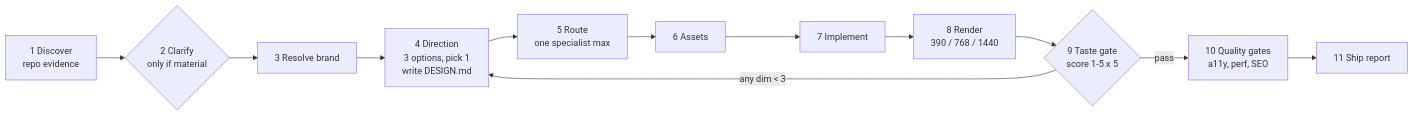
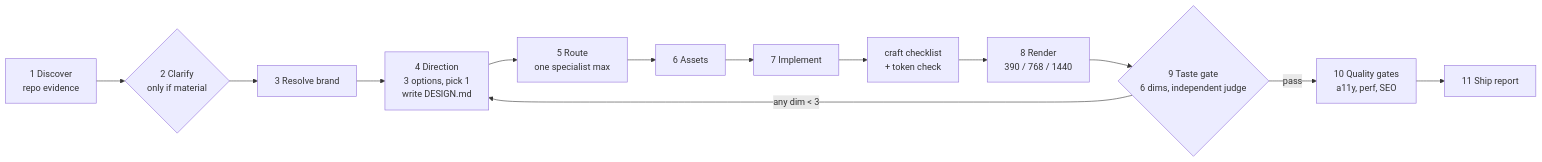
One commit to naufalrandi/creative-frontend-director changed the diagram in README.md. Above: the diagram before and after it, drawn with Mermaid. The commit also changed other lines of this file and 15 other files, not shown here.

First line of the commit message:
feat: identity commitment, craft checklist, independent judge, token conformance (v4.2.0)

````diff
--- a/README.md
+++ b/README.md
@@ -51,14 +51,15 @@
 ```mermaid
 flowchart LR
     A[1 Discover<br/>repo evidence] --> B{2 Clarify<br/>only if material}
     B --> C[3 Resolve brand]
     C --> D[4 Direction<br/>3 options, pick 1<br/>write DESIGN.md]
     D --> E[5 Route<br/>one specialist max]
     E --> F[6 Assets]
     F --> G[7 Implement]
-    G --> H[8 Render<br/>390 / 768 / 1440]
-    H --> I{9 Taste gate<br/>score 1-5 x 5}
+    G --> G2[craft checklist<br/>+ token check]
+    G2 --> H[8 Render<br/>390 / 768 / 1440]
+    H --> I{9 Taste gate<br/>6 dims, independent judge}
     I -- any dim < 3 --> D
     I -- pass --> J[10 Quality gates<br/>a11y, perf, SEO]
     J --> K[11 Ship report]
 ```
````
